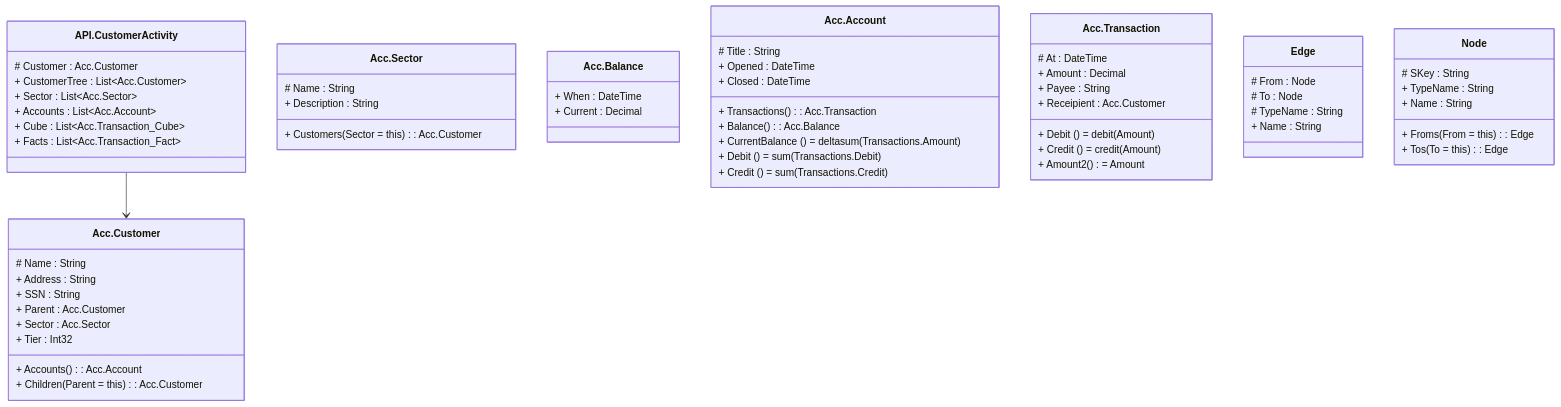
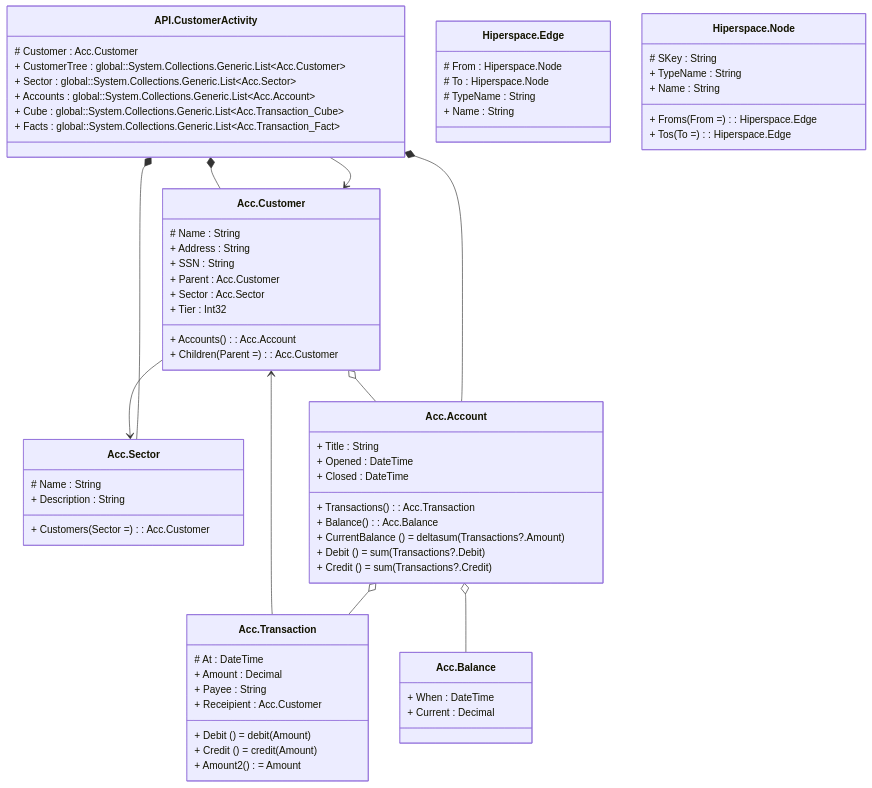
One commit to channell/Hiperspace changed the diagram in examples/Account/Account.md. Above: the diagram before and after it, drawn with Mermaid. The commit also changed other lines of this file and 2496 other files, not shown here.

````diff
--- a/examples/Account/Account.md
+++ b/examples/Account/Account.md
@@ -2,64 +2,72 @@
 ```mermaid
 classDiagram
     class API.CustomerActivity {
         # Customer  : Acc.Customer
-        + CustomerTree  : List~Acc.Customer~
-        + Sector  : List~Acc.Sector~
-        + Accounts  : List~Acc.Account~
-        + Cube  : List~Acc.Transaction_Cube~
-        + Facts  : List~Acc.Transaction_Fact~
+        + CustomerTree  : global::System.Collections.Generic.List~Acc.Customer~
+        + Sector  : global::System.Collections.Generic.List~Acc.Sector~
+        + Accounts  : global::System.Collections.Generic.List~Acc.Account~
+        + Cube  : global::System.Collections.Generic.List~Acc.Transaction_Cube~
+        + Facts  : global::System.Collections.Generic.List~Acc.Transaction_Fact~
     }
     API.CustomerActivity --> Acc.Customer
-    class Acc.Sector {
-        # Name  : String
-        + Description  : String
-        + Customers (Sector = this) : Acc.Customer
+    API.CustomerActivity *-- Acc.Customer
+    API.CustomerActivity *-- Acc.Sector
+    API.CustomerActivity *-- Acc.Account
+    class Acc.Account {
+        + Title  : String
+        + Opened  : DateTime
+        + Closed  : DateTime
+        + Transactions () : Acc.Transaction
+        + Balance () : Acc.Balance
+        + CurrentBalance () = deltasum(Transactions?.Amount)
+        + Debit () = sum(Transactions?.Debit)
+        + Credit () = sum(Transactions?.Credit)
     }
+    Acc.Account o-- Acc.Transaction
+    Acc.Account o-- Acc.Balance
     class Acc.Balance {
         + When  : DateTime
         + Current  : Decimal
     }
     class Acc.Customer {
         # Name  : String
         + Address  : String
         + SSN  : String
         + Parent  : Acc.Customer
         + Sector  : Acc.Sector
         + Tier  : Int32
         + Accounts () : Acc.Account
-        + Children (Parent = this) : Acc.Customer
+        + Children (Parent = ) : Acc.Customer
     }
-    class Acc.Account {
-        # Title  : String
-        + Opened  : DateTime
-        + Closed  : DateTime
-        + Transactions () : Acc.Transaction
-        + Balance () : Acc.Balance
-        + CurrentBalance () = deltasum(Transactions.Amount)
-        + Debit () = sum(Transactions.Debit)
-        + Credit () = sum(Transactions.Credit)
+    Acc.Customer --> Acc.Sector
+    Acc.Customer o-- Acc.Account
+    class Acc.Sector {
+        # Name  : String
+        + Description  : String
+        + Customers (Sector = ) : Acc.Customer
     }
     class Acc.Transaction {
         # At  : DateTime
         + Amount  : Decimal
         + Payee  : String
         + Receipient  : Acc.Customer
         + Debit () = debit(Amount)
         + Credit () = credit(Amount)
         + Amount2 () = Amount
     }
-    class Edge {
-        # From  : Node
-        # To  : Node
+    Acc.Transaction --> Acc.Customer
+    class Hiperspace.Edge {
+        # From  : Hiperspace.Node
+        # To  : Hiperspace.Node
         # TypeName  : String
         + Name  : String
     }
-    class Node {
+    class Hiperspace.Node {
         # SKey  : String
         + TypeName  : String
         + Name  : String
-        + Froms (From = this) : Edge
-        + Tos (To = this) : Edge
+        + Froms (From = ) : Hiperspace.Edge
+        + Tos (To = ) : Hiperspace.Edge
     }
 
 ```
````
